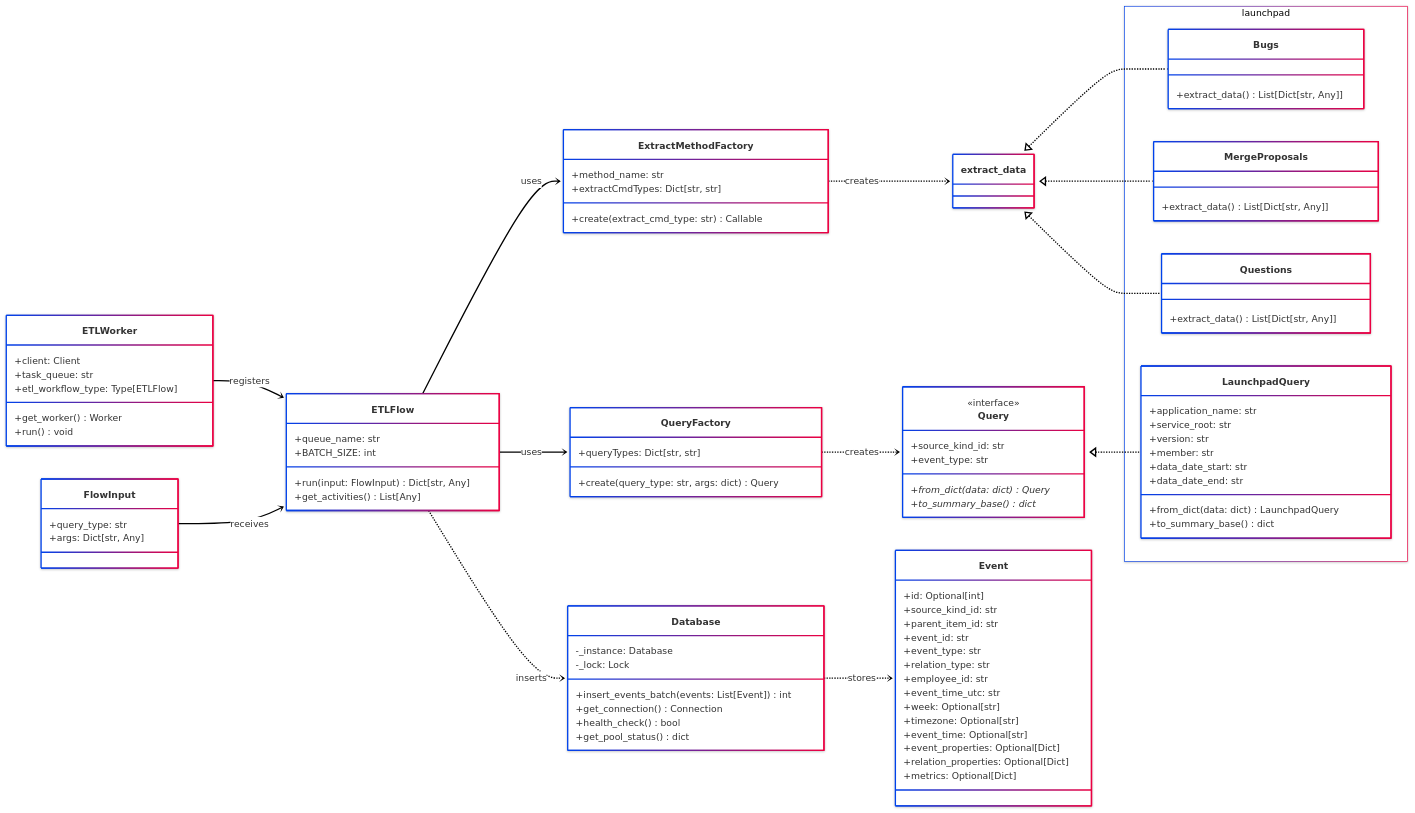
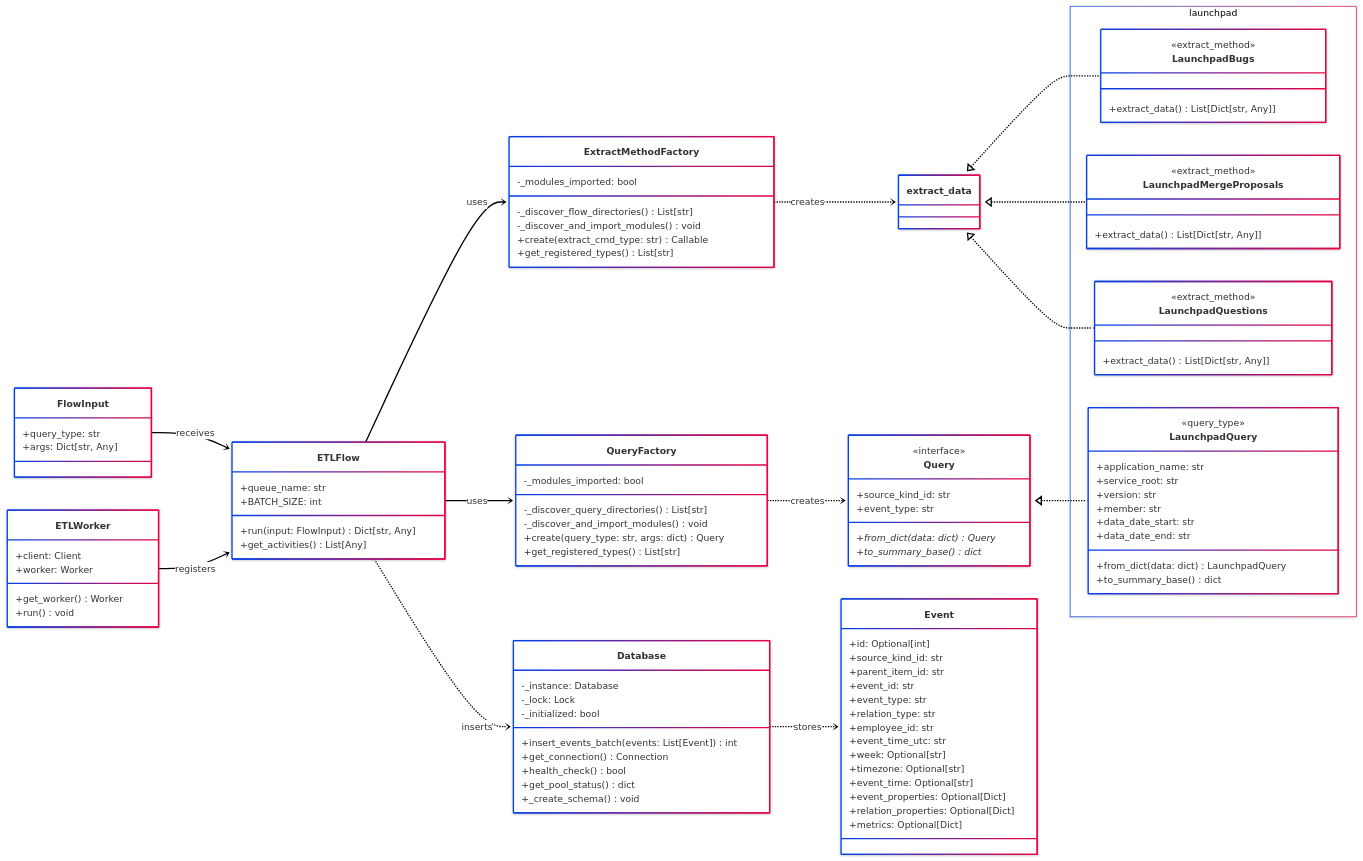
One commit to josecabralf/TemporalETL changed the diagram in README.md. Above: the diagram before and after it, drawn with Mermaid. The commit also changed other lines of this file, not shown here.

````diff
--- a/README.md
+++ b/README.md
@@ -39,58 +45,77 @@
 ---
 classDiagram
 direction LR
+
+    FlowInput --> ETLFlow : receives
+
+    ETLWorker --> ETLFlow : registers
+
+    ETLFlow --> ExtractMethodFactory : uses
+    ExtractMethodFactory ..> extract_data : creates
+    extract_data <|.. LaunchpadBugs
+    extract_data <|.. LaunchpadMergeProposals
+    extract_data <|.. LaunchpadQuestions
+
+    ETLFlow --> QueryFactory : uses
+    ETLFlow ..> Database : inserts
+    QueryFactory ..> Query : creates
+    Query <|.. LaunchpadQuery
+
+    Database ..> Event : stores
+
+    class ETLWorker {
+        +client: Client
+        +worker: Worker
+        +get_worker() Worker
+        +run() void
+    }
+
+    class FlowInput {
+        +query_type: str
+        +args: Dict[str, Any]
+    }
+
     class ETLFlow {
-	    +queue_name: str
-	    +BATCH_SIZE: int
-	    +run(input: FlowInput) Dict[str, Any]
-	    +get_activities() List[Any]
+        +queue_name: str
+        +BATCH_SIZE: int
+        +run(input: FlowInput) Dict[str, Any]
+        +get_activities() List[Any]
+    }
+
+    class ExtractMethodFactory {
+        -_modules_imported: bool
+        -_discover_flow_directories() List[str]
+        -_discover_and_import_modules() void
+        +create(extract_cmd_type: str) Callable
+        +get_registered_types() List[str]
+    }
+
+    class QueryFactory {
+        -_modules_imported: bool
+        -_discover_query_directories() List[str]
+        -_discover_and_import_modules() void
+        +create(query_type: str, args: dict) Query
+        +get_registered_types() List[str]
     }
 
     class Query {
-	    +source_kind_id: str
-	    +event_type: str
-	    +from_dict(data: dict) Query*
-	    +to_summary_base() dict*
+        +source_kind_id: str
+        +event_type: str
+        +from_dict(data: dict) Query*
+        +to_summary_base() dict*
     }
     <<interface>> Query
 
-    class QueryFactory {
-	    +queryTypes: Dict[str, str]
-	    +create(query_type: str, args: dict) Query
-    }
-
-    class FlowInput {
-	    +query_type: str
-	    +args: Dict[str, Any]
-    }
-
-    class ExtractMethodFactory {
-	    +method_name: str
-	    +extractCmdTypes: Dict[str, str]
-	    +create(extract_cmd_type: str) Callable
-    }
-
-    class ETLWorker {
-	    +client: Client
-	    +task_queue: str
-	    +etl_workflow_type: Type[ETLFlow]
-	    +get_worker() Worker
-	    +run() void
-    }
-
-    class extract_data {
-    }
-
     namespace launchpad {
-        class Bugs {
+        class LaunchpadBugs {
             +extract_data() List[Dict[str, Any]]
         }
 
-        class MergeProposals {
+        class LaunchpadMergeProposals {
             +extract_data() List[Dict[str, Any]]
         }
 
-        class Questions {
+        class LaunchpadQuestions {
             +extract_data() List[Dict[str, Any]]
         }
 
@@ -104,51 +129,37 @@
             +from_dict(data: dict) LaunchpadQuery
             +to_summary_base() dict
         }
-	}
+    }
+    <<query_type>> LaunchpadQuery
+    <<extract_method>> LaunchpadBugs
+    <<extract_method>> LaunchpadMergeProposals
+    <<extract_method>> LaunchpadQuestions
+
+    class Event {
+        +id: Optional[int]
+        +source_kind_id: str
+        +parent_item_id: str
+        +event_id: str
+        +event_type: str
+        +relation_type: str
+        +employee_id: str
+        +event_time_utc: str
+        +week: Optional[str]
+        +timezone: Optional[str]
+        +event_time: Optional[str]
+        +event_properties: Optional[Dict]
+        +relation_properties: Optional[Dict]
+        +metrics: Optional[Dict]
+    }
 
     class Database {
-	    -_instance: Database
-	    -_lock: Lock
-	    +insert_events_batch(events: List[Event]) int
-	    +get_connection() Connection
-	    +health_check() bool
-	    +get_pool_status() dict
+        -_instance: Database
+        -_lock: Lock
+        -_initialized: bool
+        +insert_events_batch(events: List[Event]) int
+        +get_connection() Connection
+        +health_check() bool
+        +get_pool_status() dict
+        +_create_schema() void
     }
-
-    class Event {
-	    +id: Optional[int]
-	    +source_kind_id: str
-	    +parent_item_id: str
-	    +event_id: str
-	    +event_type: str
-	    +relation_type: str
-	    +employee_id: str
-	    +event_time_utc: str
-	    +week: Optional[str]
-	    +timezone: Optional[str]
-	    +event_time: Optional[str]
-	    +event_properties: Optional[Dict]
-	    +relation_properties: Optional[Dict]
-	    +metrics: Optional[Dict]
-    }
-
-    ETLWorker --> ETLFlow : registers
-
-    ETLFlow --> QueryFactory : uses
-    ETLFlow --> ExtractMethodFactory : uses
-    ETLFlow ..> Database : inserts
-
-    FlowInput --> ETLFlow : receives
-
-    QueryFactory ..> Query : creates
-
-    Query <|.. LaunchpadQuery
-
-    Database ..> Event : stores
-
-    ExtractMethodFactory ..> extract_data : creates
-
-    extract_data <|.. Bugs
-    extract_data <|.. MergeProposals
-    extract_data <|.. Questions
 ```
````
